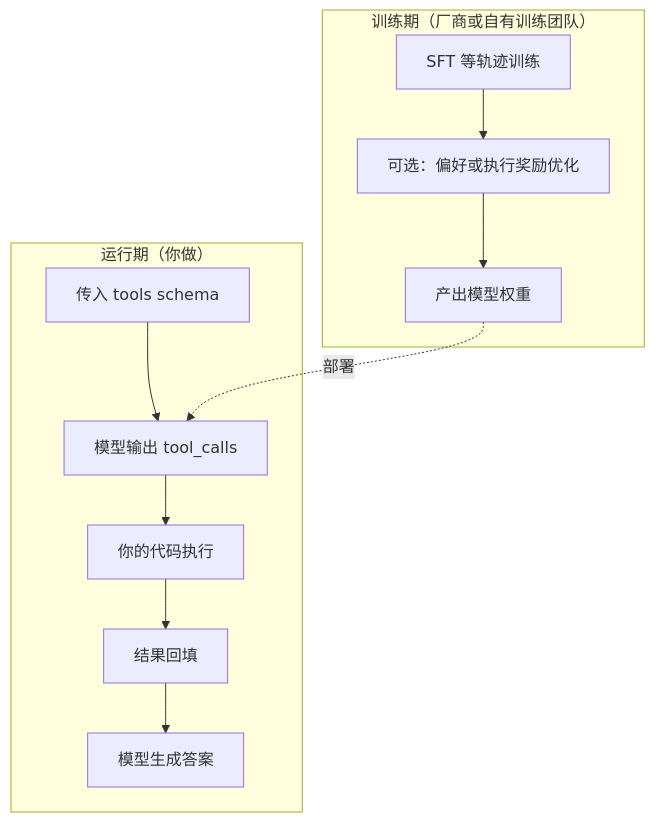
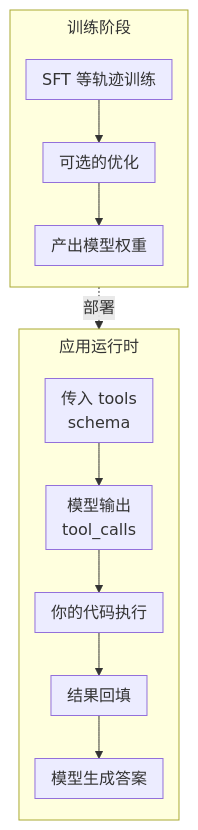
Before and after one commit to zongyangbigpolo/awesome-ai-roadmap: the fifth of 5 diagrams in docs/tools/01-function-calling/02-tool-learning.zh.md, drawn with Mermaid. The commit also changed other lines of this file and 320 other files, not shown here.

First line of the commit message:
Prepare compact bilingual diagrams and centralized references for Kindle RC2

````diff
--- a/docs/tools/01-function-calling/02-tool-learning.zh.md
+++ b/docs/tools/01-function-calling/02-tool-learning.zh.md
@@ -188,13 +210,16 @@
 ```mermaid
+%%{init: {"flowchart": {"nodeSpacing": 12, "rankSpacing": 18, "padding": 8, "subGraphTitleMargin": {"top": 6, "bottom": 22}}}}%%
 flowchart TB
-    subgraph TRAIN["训练期（厂商或自有训练团队）"]
-        T1[SFT 等轨迹训练] --> T2[可选：偏好或执行奖励优化] --> T3[产出模型权重]
+    subgraph TRAIN["训练阶段"]
+        direction TB
+        T1["SFT 等轨迹训练"] --> T2["可选的优化"] --> T3["产出模型权重"]
     end
 
-    subgraph RUNTIME["运行期（你做）"]
-        R1[传入 tools schema] --> R2[模型输出 tool_calls]
-        R2 --> R3[你的代码执行] --> R4[结果回填] --> R5[模型生成答案]
+    subgraph RUNTIME["应用运行时"]
+        direction TB
+        R1["传入 tools<br/>schema"] --> R2["模型输出<br/>tool_calls"]
+        R2 --> R3["你的代码执行"] --> R4["结果回填"] --> R5["模型生成答案"]
     end
 
     T3 -.部署.-> R2
 ```
````
